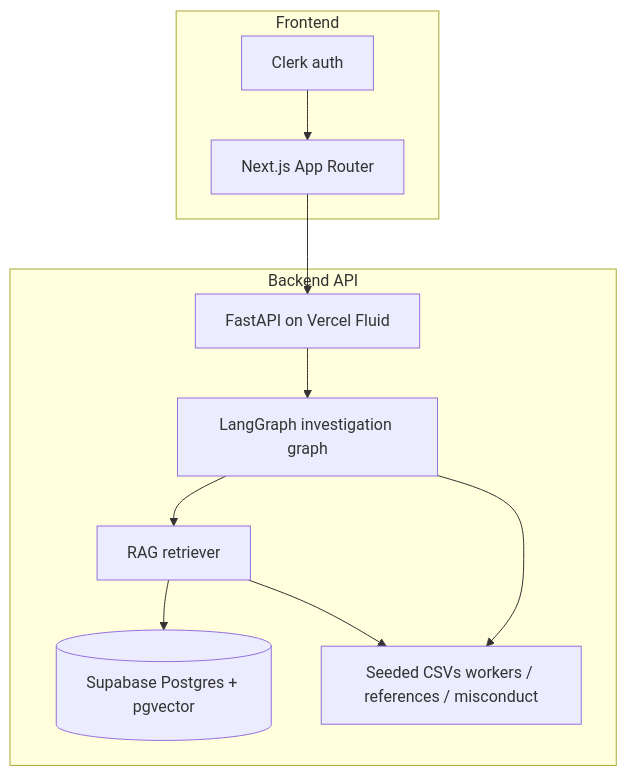
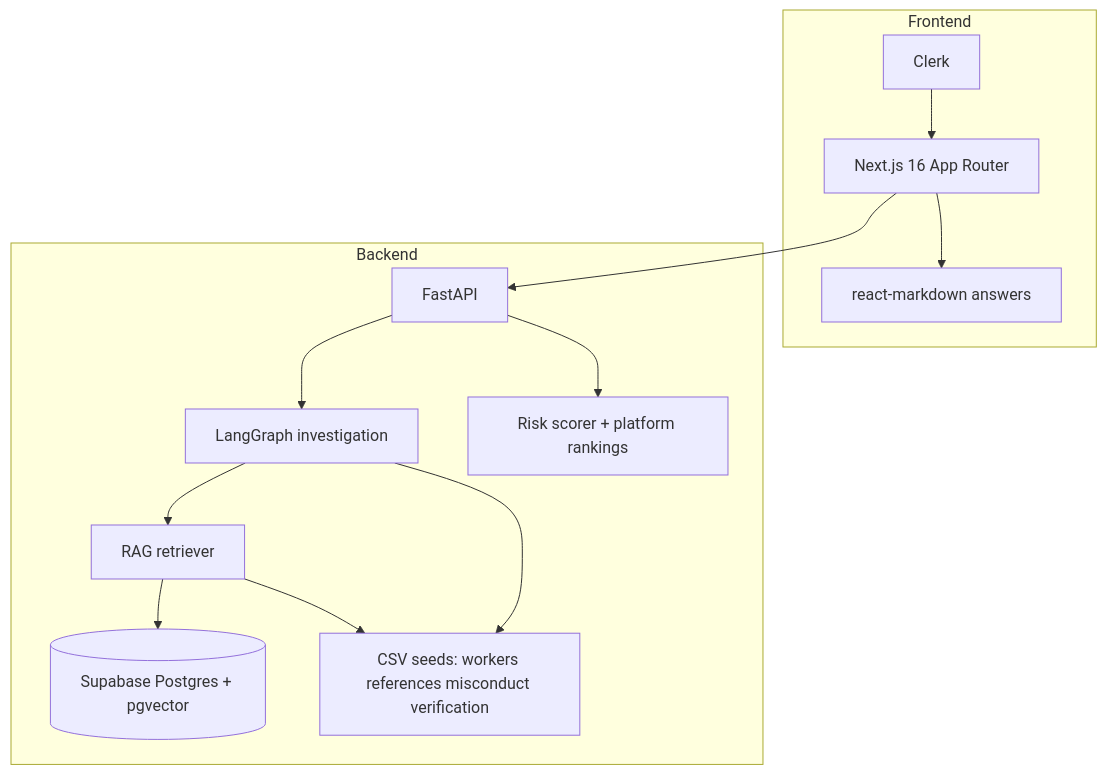
The diagram in README.md (winniekariuki/SafeHire-AI-Risk-Investigator), drawn with Mermaid before and after one commit. The commit also changed other lines of this file and 22 other files, not shown here.

````diff
--- a/README.md
+++ b/README.md
@@ -7,21 +43,25 @@
 ```mermaid
 flowchart TB
   subgraph client [Frontend]
-    Next[Next.js App Router]
-    Clerk[Clerk auth]
+    Next[Next.js 16 App Router]
+    Clerk[Clerk]
+    MD[react-markdown answers]
   end
-  subgraph api [Backend API]
-    FastAPI[FastAPI on Vercel Fluid]
-    LG[LangGraph investigation graph]
+  subgraph api [Backend]
+    FastAPI[FastAPI]
+    LG[LangGraph investigation]
     RAG[RAG retriever]
+    RS[Risk scorer + platform rankings]
     SB[(Supabase Postgres + pgvector)]
-    CSV[Seeded CSVs workers / references / misconduct]
+    CSV[CSV seeds: workers references misconduct verification]
   end
   Next --> FastAPI
   Clerk --> Next
   FastAPI --> LG
+  FastAPI --> RS
   LG --> RAG
   RAG --> SB
+  RAG --> CSV
   LG --> CSV
-  RAG --> CSV
+  Next --> MD
 ```
````
